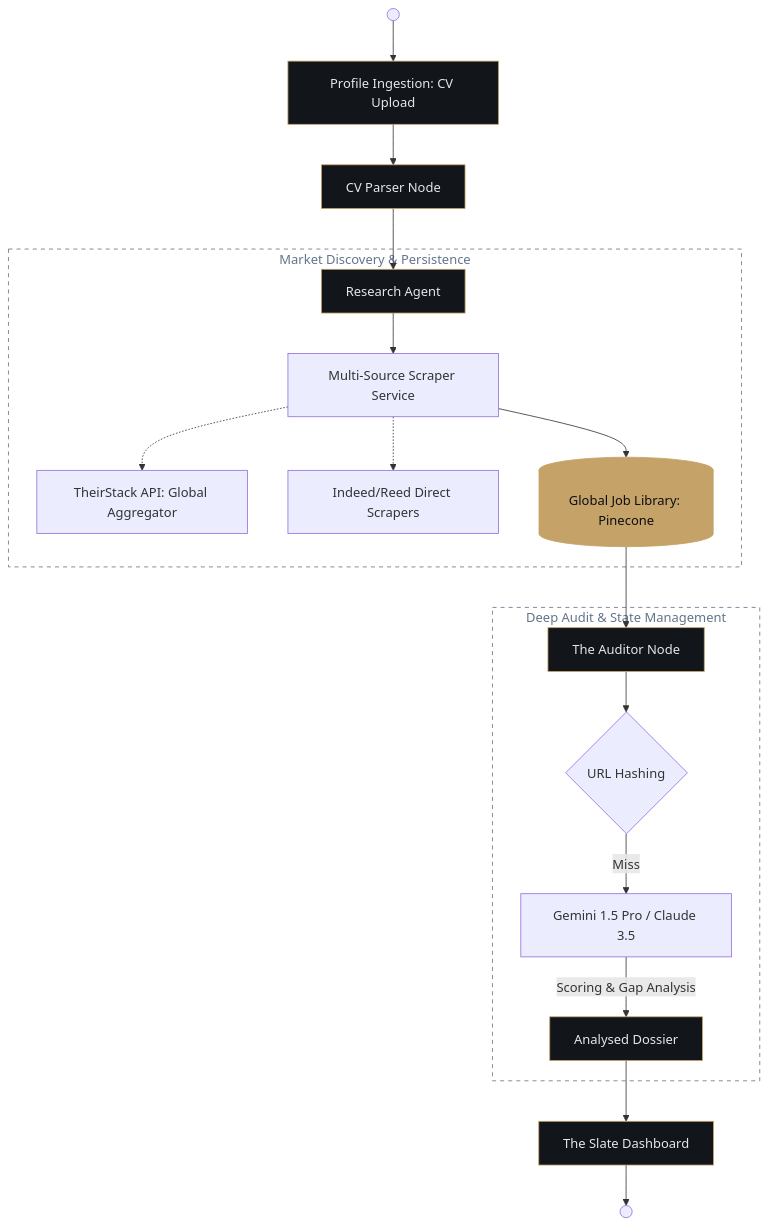
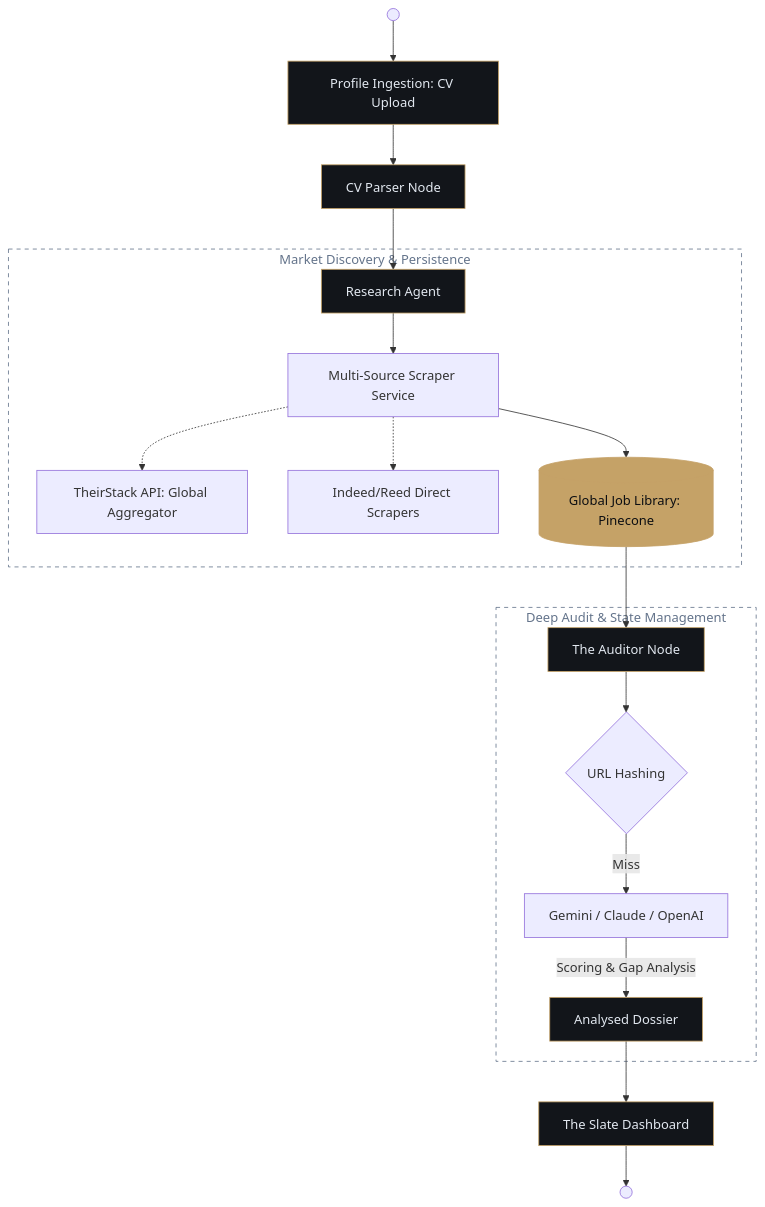
Before and after one commit to Ruyzambrano/agentic-job-search: the diagram in README.md, drawn with Mermaid.

Commit message:
LLM types

````diff
--- a/README.md
+++ b/README.md
@@ -24,32 +24,32 @@
 ```mermaid
 graph TD
     classDef slate fill:#12151A,stroke:#C5A267,stroke-width:1px,color:#E2E8F0;
     classDef gold fill:#C5A267,stroke:#C5A267,stroke-width:1px,color:#0C0E12;
     classDef ghost fill:none,stroke:#64748B,stroke-dasharray: 5 5,color:#64748B;
 
     Start(( )) --> Ingest[Profile Ingestion: CV Upload]
     Ingest --> Parser[CV Parser Node]
     Parser --> Researcher[Research Agent]
     
     subgraph Discovery [Market Discovery & Persistence]
         Researcher --> Scraper[Multi-Source Scraper Service]
         Scraper -.-> Aggregator[TheirStack API: Global Aggregator]
         Scraper -.-> Direct[Indeed/Reed Direct Scrapers]
         Scraper --> Sync[(Global Job Library: Pinecone)]
     end
 
     Sync --> Auditor[The Auditor Node]
     
     subgraph Analysis [Deep Audit & State Management]
         Auditor --> Cache{URL Hashing}
-        Cache -->|Miss| LLM[Gemini 1.5 Pro / Claude 3.5]
+        Cache -->|Miss| LLM[Gemini / Claude / OpenAI]
         LLM -->|Scoring & Gap Analysis| Results[Analysed Dossier]
     end
 
     Results --> UI[The Slate Dashboard]
     UI --> End(( ))
 
     class Ingest,Parser,Researcher,Auditor,Results,UI slate;
     class Sync gold;
     class Discovery,Analysis ghost;
 ```
````
